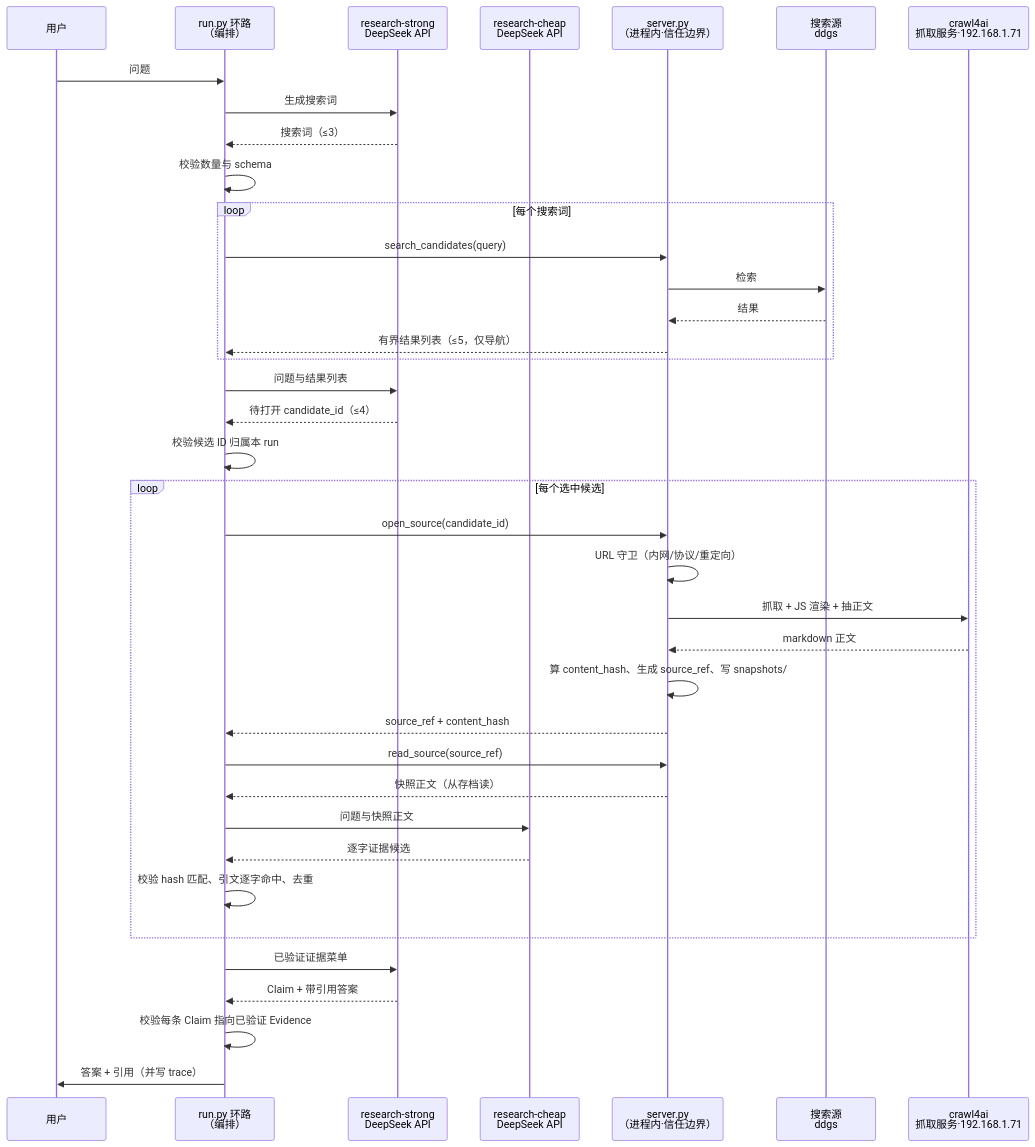
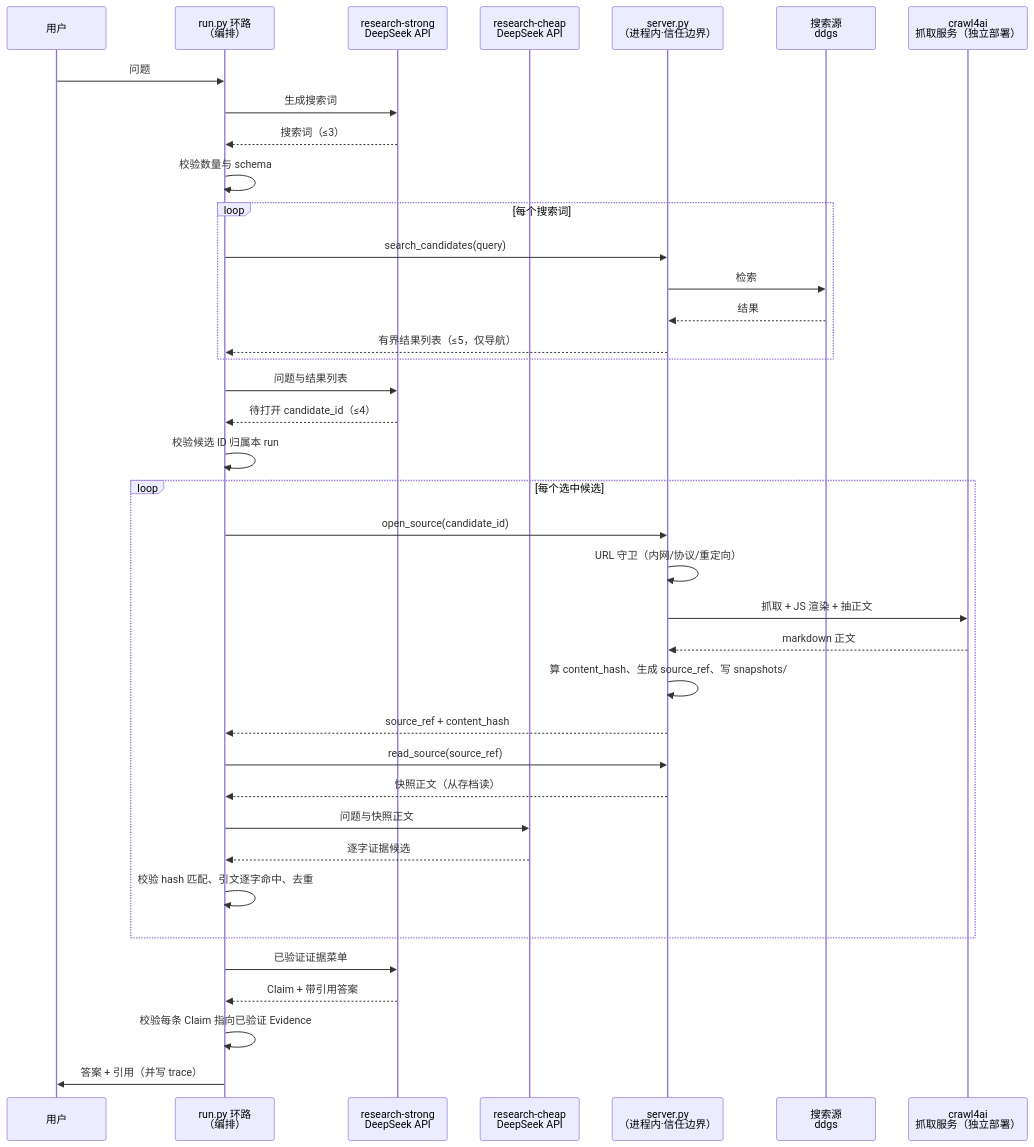
Before and after one commit to SuperCatQR/traceable-research-runtime: the diagram in docs/validation-poc.md, drawn with Mermaid. The commit also changed other lines of this file, not shown here.

Commit message:
时序图去掉局域网地址：crawl4ai 标注为独立抓取服务

````diff
--- a/docs/validation-poc.md
+++ b/docs/validation-poc.md
@@ -106,41 +106,41 @@
 ```mermaid
 sequenceDiagram
     participant U as 用户
     participant R as run.py 环路<br/>（编排）
     participant S as research-strong<br/>DeepSeek API
     participant C as research-cheap<br/>DeepSeek API
     participant SRV as server.py<br/>（进程内·信任边界）
     participant SE as 搜索源<br/>ddgs
-    participant CR as crawl4ai<br/>抓取服务·192.168.1.71
+    participant CR as crawl4ai<br/>抓取服务（独立部署）
 
     U->>R: 问题
     R->>S: 生成搜索词
     S-->>R: 搜索词（≤3）
     R->>R: 校验数量与 schema
     loop 每个搜索词
         R->>SRV: search_candidates(query)
         SRV->>SE: 检索
         SE-->>SRV: 结果
         SRV-->>R: 有界结果列表（≤5，仅导航）
     end
     R->>S: 问题与结果列表
     S-->>R: 待打开 candidate_id（≤4）
     R->>R: 校验候选 ID 归属本 run
     loop 每个选中候选
         R->>SRV: open_source(candidate_id)
         SRV->>SRV: URL 守卫（内网/协议/重定向）
         SRV->>CR: 抓取 + JS 渲染 + 抽正文
         CR-->>SRV: markdown 正文
         SRV->>SRV: 算 content_hash、生成 source_ref、写 snapshots/
         SRV-->>R: source_ref + content_hash
         R->>SRV: read_source(source_ref)
         SRV-->>R: 快照正文（从存档读）
         R->>C: 问题与快照正文
         C-->>R: 逐字证据候选
         R->>R: 校验 hash 匹配、引文逐字命中、去重
     end
     R->>S: 已验证证据菜单
     S-->>R: Claim + 带引用答案
     R->>R: 校验每条 Claim 指向已验证 Evidence
     R->>U: 答案 + 引用（并写 trace）
 ```
````
